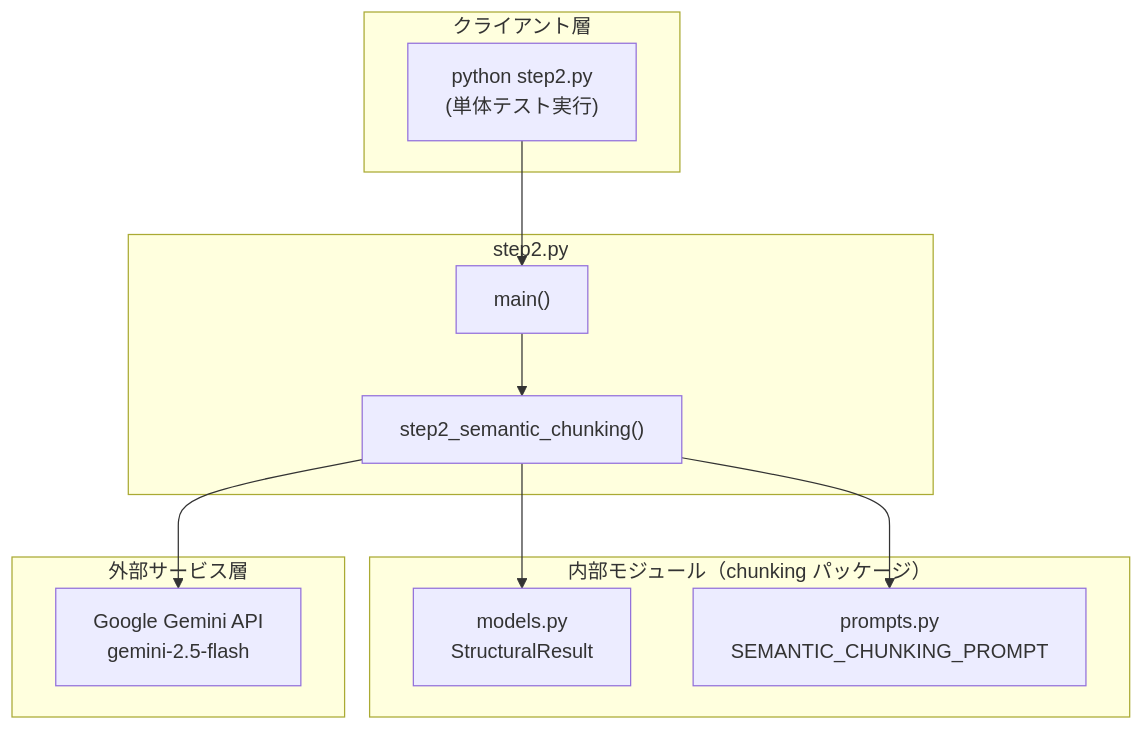
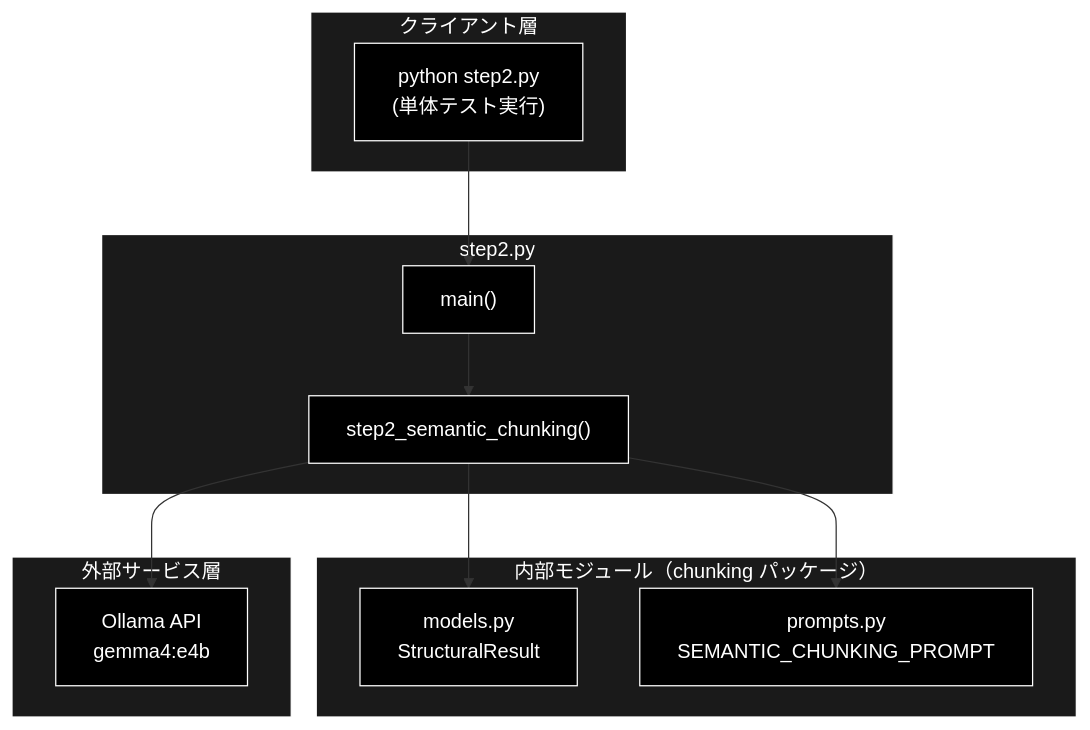
One commit to nakashima2toshio/ollama_grace_agent_v2 changed the first of 5 diagrams in chunking/doc/step2.md. Above: the diagram before and after it, drawn with Mermaid. The commit also changed other lines of this file and 13 other files, not shown here.

First line of the commit message:
chunking: Ollama ネイティブ化（コード/コメント/ドキュメントの Gemini→Ollama 全面置換）

````diff
--- a/chunking/doc/step2.md
+++ b/chunking/doc/step2.md
@@ -91,26 +91,33 @@
 ```mermaid
 flowchart TB
     subgraph CLIENT["クライアント層"]
         CLI["python step2.py<br/>(単体テスト実行)"]
     end
 
     subgraph MODULE["step2.py"]
         MAIN["main()"]
         CORE["step2_semantic_chunking()"]
     end
 
     subgraph INTERNAL["内部モジュール（chunking パッケージ）"]
         MODELS["models.py<br/>StructuralResult"]
         PROMPTS["prompts.py<br/>SEMANTIC_CHUNKING_PROMPT"]
     end
 
     subgraph EXTERNAL["外部サービス層"]
-        GEMINI["Google Gemini API<br/>gemini-2.5-flash"]
+        GEMINI["Ollama API<br/>gemma4:e4b"]
     end
 
     CLI --> MAIN
     MAIN --> CORE
     CORE --> MODELS
     CORE --> PROMPTS
     CORE --> GEMINI
+classDef default fill:#000,stroke:#fff,color:#fff
+classDef subgraphStyle fill:#1a1a1a,stroke:#fff,color:#fff
+class CLI,MAIN,CORE,MODELS,PROMPTS,GEMINI default
+style CLIENT fill:#1a1a1a,stroke:#fff,color:#fff
+style MODULE fill:#1a1a1a,stroke:#fff,color:#fff
+style INTERNAL fill:#1a1a1a,stroke:#fff,color:#fff
+style EXTERNAL fill:#1a1a1a,stroke:#fff,color:#fff
 ```
````
